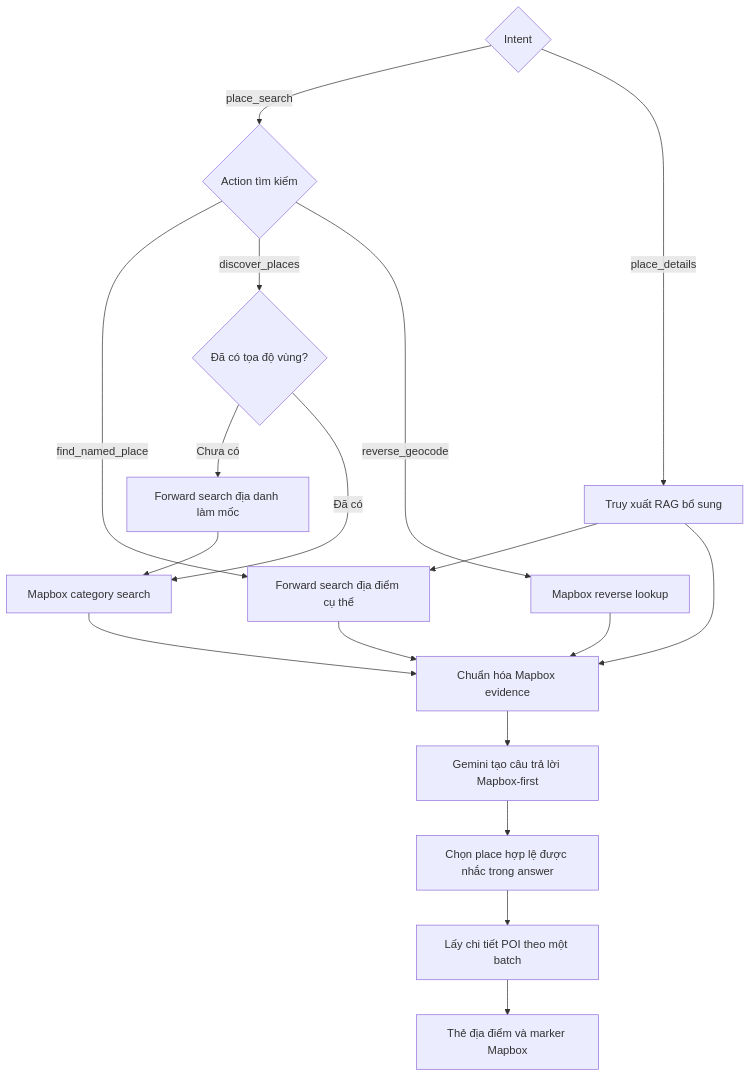
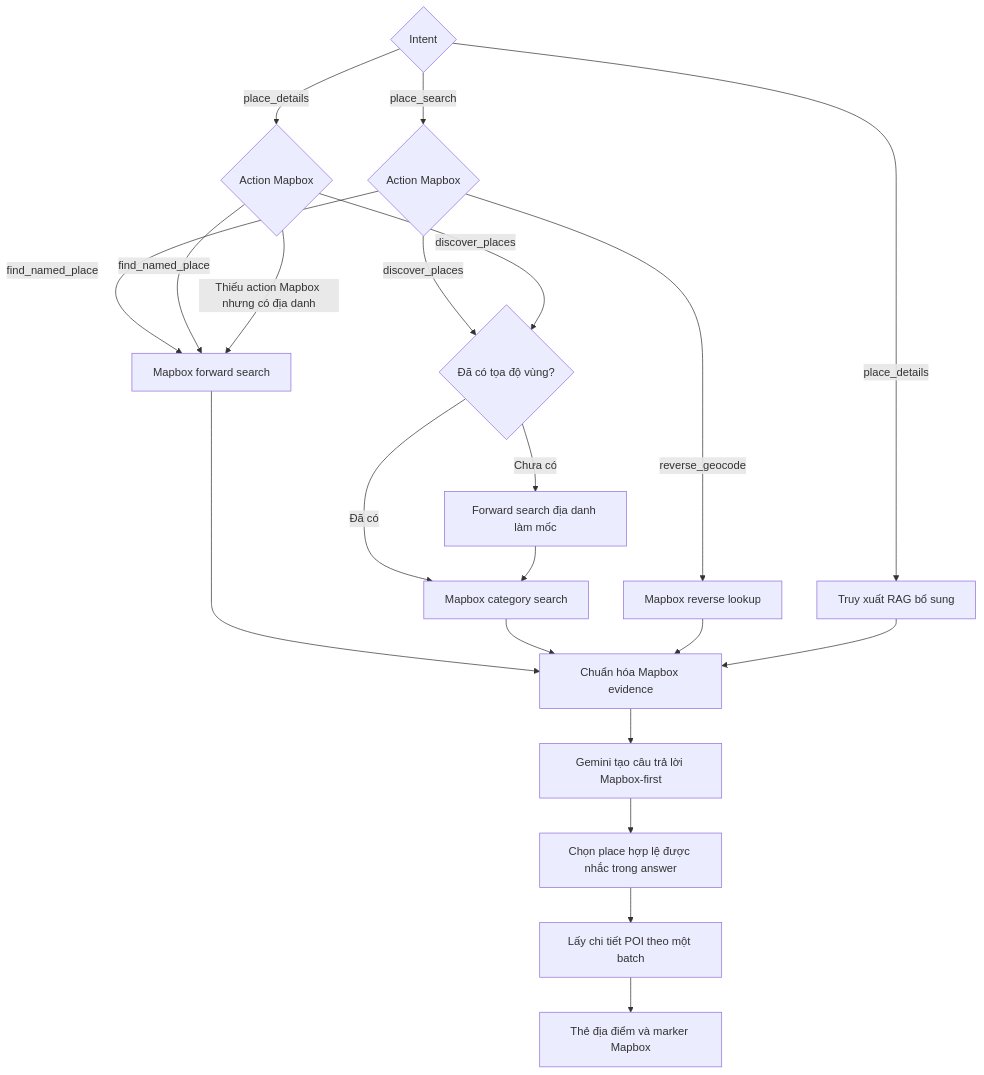
The fifth of 12 diagrams in README.md (nguyendinhhung04/Travel-Chatbot), drawn with Mermaid before and after one commit. The commit also changed other lines of this file and 9 other files, not shown here.

````diff
--- a/README.md
+++ b/README.md
@@ -162,24 +176,27 @@
 ```mermaid
 flowchart TD
     START{Intent}
-    START -->|place_search| SEARCH_ACTION{Action tìm kiếm}
+    START -->|place_search| SEARCH_ACTION{Action Mapbox}
+    START -->|place_details| DETAILS_ACTION{Action Mapbox}
     START -->|place_details| RAG_DETAILS[Truy xuất RAG bổ sung]
-    RAG_DETAILS --> NAMED[Forward search địa điểm cụ thể]
 
-    SEARCH_ACTION -->|find_named_place| NAMED
+    SEARCH_ACTION -->|find_named_place| NAMED[Mapbox forward search]
     SEARCH_ACTION -->|discover_places| ANCHOR{Đã có tọa độ vùng?}
     SEARCH_ACTION -->|reverse_geocode| REVERSE[Mapbox reverse lookup]
+    DETAILS_ACTION -->|find_named_place| NAMED
+    DETAILS_ACTION -->|discover_places| ANCHOR
+    DETAILS_ACTION -->|Thiếu action Mapbox nhưng có địa danh| NAMED
 
     ANCHOR -->|Chưa có| RESOLVE_AREA[Forward search địa danh làm mốc]
     ANCHOR -->|Đã có| CATEGORY[Mapbox category search]
     RESOLVE_AREA --> CATEGORY
 
     NAMED --> EVIDENCE[Chuẩn hóa Mapbox evidence]
     CATEGORY --> EVIDENCE
     REVERSE --> EVIDENCE
     RAG_DETAILS --> EVIDENCE
     EVIDENCE --> ANSWER[Gemini tạo câu trả lời Mapbox-first]
     ANSWER --> SELECT[Chọn place hợp lệ được nhắc trong answer]
     SELECT --> ENRICH[Lấy chi tiết POI theo một batch]
     ENRICH --> UI[Thẻ địa điểm và marker Mapbox]
 ```
````
